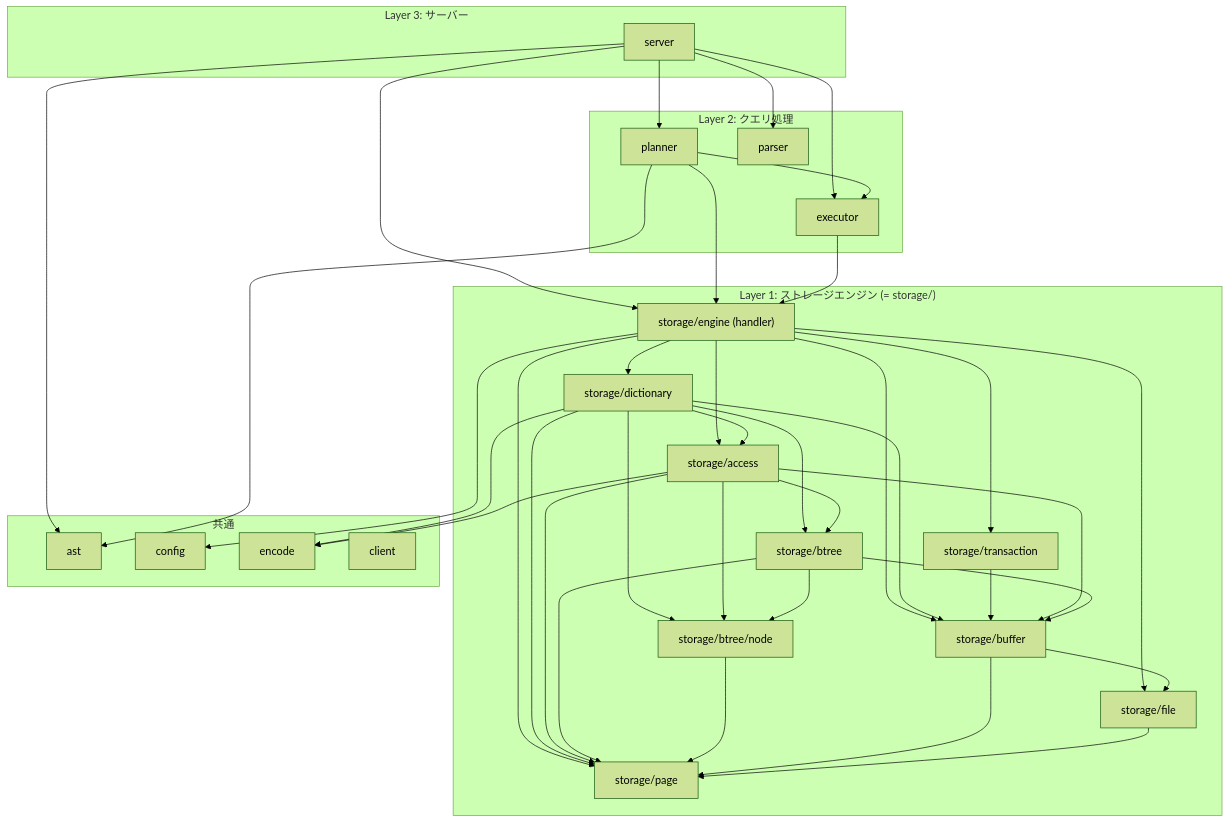
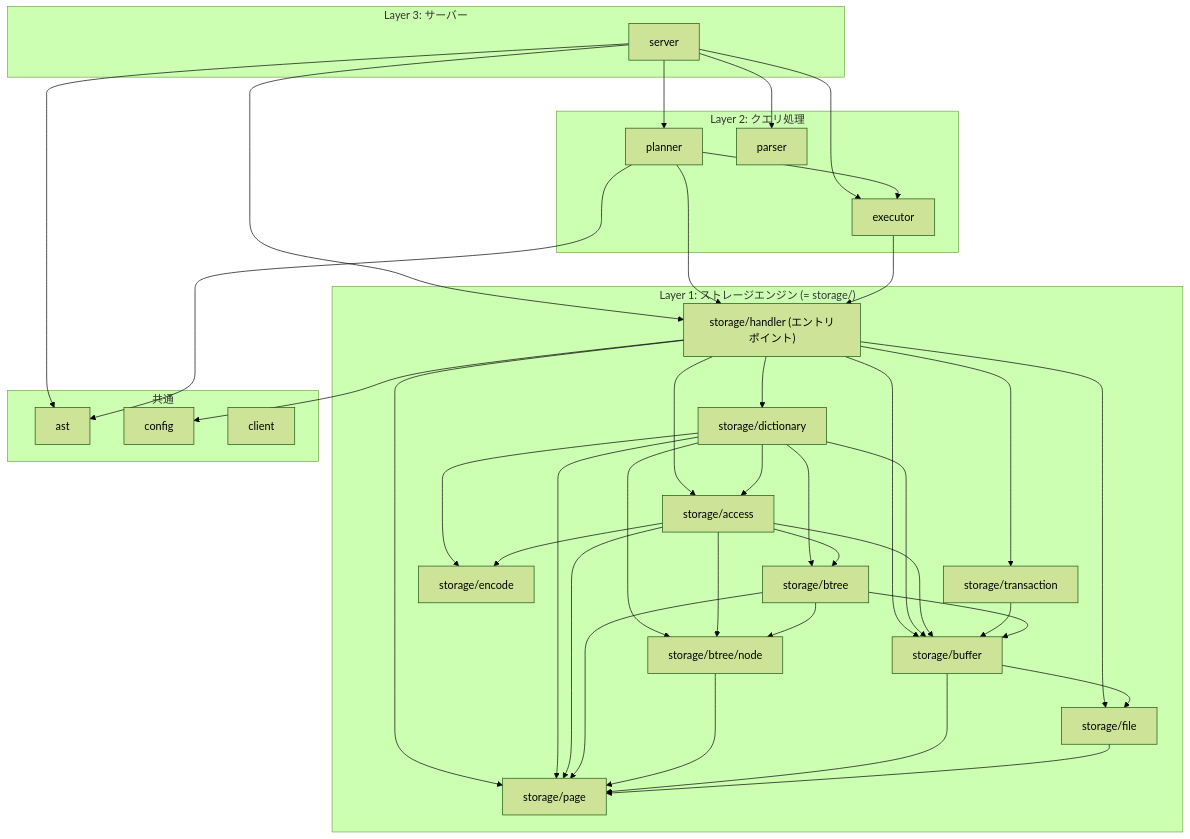
One commit to ren-yamanashi/minesql changed the second of 2 diagrams in docs/architecture/package-graph.md. Above: the diagram before and after it, drawn with Mermaid (forest theme). The commit also changed other lines of this file, not shown here.

````diff
--- a/docs/architecture/package-graph.md
+++ b/docs/architecture/package-graph.md
@@ -60,44 +60,44 @@
 ```mermaid
 graph TD
     subgraph "Layer 3: サーバー"
         server
     end
 
     subgraph "Layer 2: クエリ処理"
         planner
         parser
         executor
     end
 
     subgraph "Layer 1: ストレージエンジン (= storage/)"
-        storage/engine["storage/engine (handler)"]
+        storage/handler["storage/handler (エントリポイント)"]
         storage/dictionary
         storage/transaction
         storage/access
+        storage/encode
         storage/btree
         storage/btree/node
         storage/buffer
         storage/file
         storage/page
     end
 
     subgraph "共通"
         ast
         config
-        encode
         client
     end
 
-    server --> planner & parser & executor & storage/engine & ast
-    planner --> executor & storage/engine & ast
-    executor --> storage/engine
+    server --> planner & parser & executor & storage/handler & ast
+    planner --> executor & storage/handler & ast
+    executor --> storage/handler
 
-    storage/engine --> storage/access & storage/dictionary & storage/transaction & storage/buffer & storage/file & storage/page & config
-    storage/dictionary --> storage/access & storage/btree & storage/btree/node & storage/buffer & storage/page & encode
+    storage/handler --> storage/access & storage/dictionary & storage/transaction & storage/buffer & storage/file & storage/page & config
+    storage/dictionary --> storage/access & storage/btree & storage/btree/node & storage/buffer & storage/encode & storage/page
+    storage/access --> storage/btree & storage/btree/node & storage/buffer & storage/encode & storage/page
     storage/transaction --> storage/buffer
-    storage/access --> storage/btree & storage/btree/node & storage/buffer & storage/page & encode
     storage/btree --> storage/btree/node & storage/buffer & storage/page
     storage/btree/node --> storage/page
     storage/buffer --> storage/file & storage/page
     storage/file --> storage/page
 ```
````
